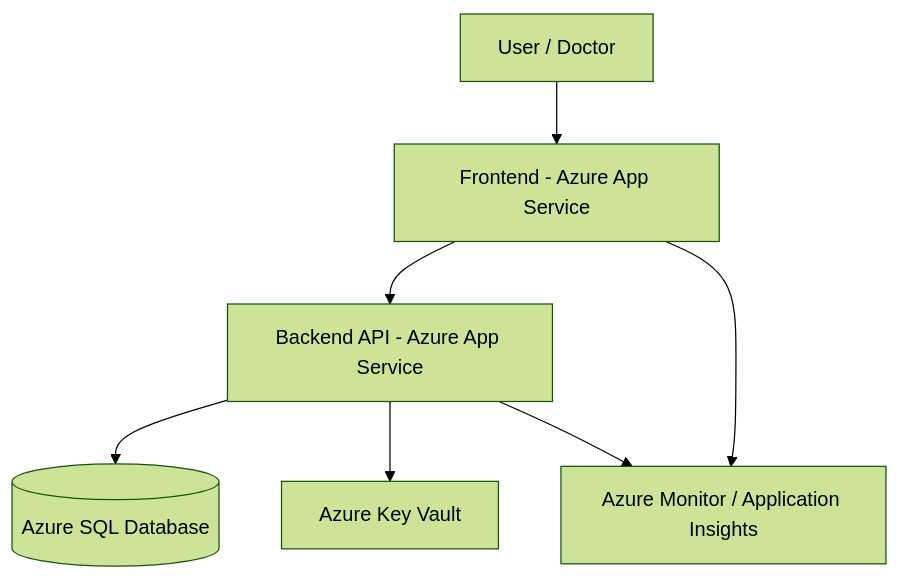
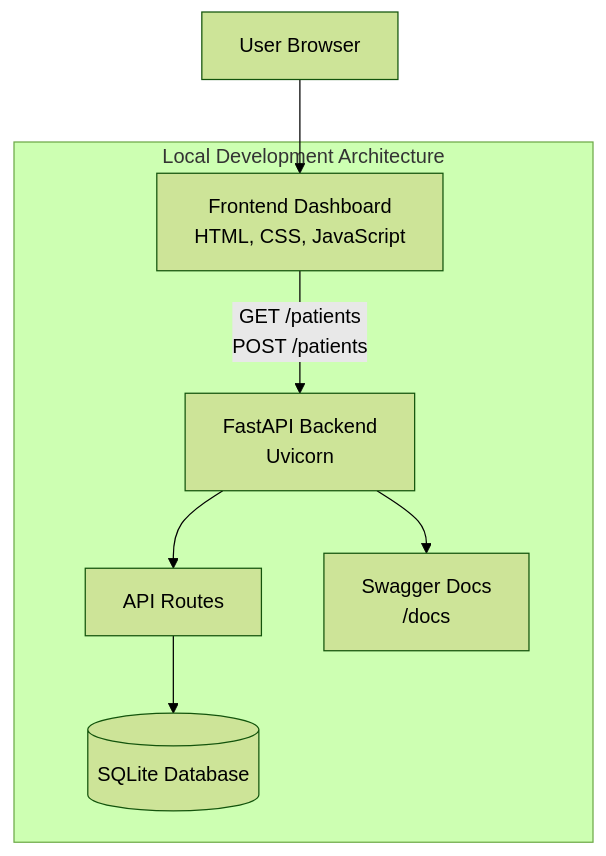
The diagram in README.md (Kethanx/azure-medical-3tier-portal), drawn with Mermaid (forest theme) before and after one commit. The commit also changed other lines of this file, not shown here.

Commit message:
improve README with architecture diagram and project status

````diff
--- a/README.md
+++ b/README.md
@@ -76,22 +88,20 @@
 ```mermaid
 flowchart TB
 
-    User[User / Doctor]
+    U[User Browser] --> F[Frontend Dashboard<br/>HTML, CSS, JavaScript]
 
-    Frontend[Frontend - Azure App Service]
+    F -->|GET /patients<br/>POST /patients| B[FastAPI Backend<br/>Uvicorn]
 
-    Backend[Backend API - Azure App Service]
+    B --> R[API Routes]
+    R --> DB[(SQLite Database)]
 
-    Database[(Azure SQL Database)]
+    B --> D[Swagger Docs<br/>/docs]
 
-    KeyVault[Azure Key Vault]
-
-    Monitor[Azure Monitor / Application Insights]
-
-    User --> Frontend
-    Frontend --> Backend
-    Backend --> Database
-    Backend --> KeyVault
-    Frontend --> Monitor
-    Backend --> Monitor
+    subgraph Local Development Architecture
+        F
+        B
+        R
+        DB
+        D
+    end
 ```
````
